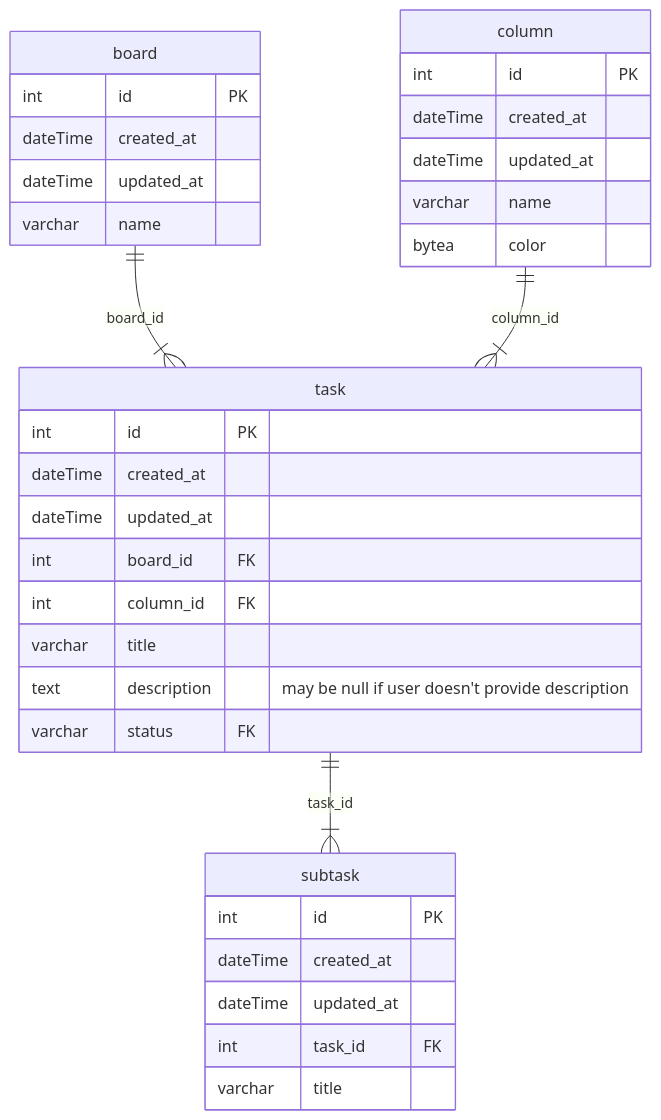
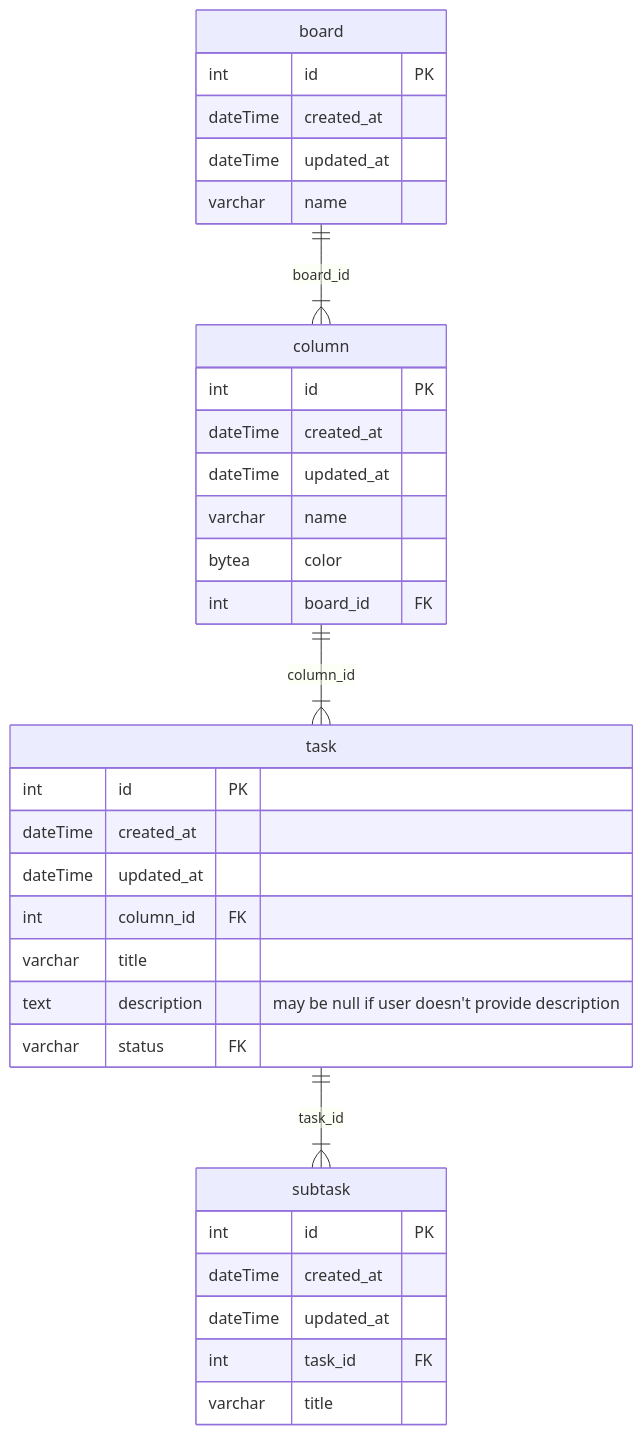
Before and after one commit to HIMDanny/kanban-task-manager: the diagram in README.md, drawn with Mermaid.

Commit message:
develop: * db schema in readme

````diff
--- a/README.md
+++ b/README.md
@@ -62,37 +62,36 @@
 ```mermaid
 erDiagram
  board {
     int id PK
     dateTime created_at
     dateTime updated_at
     varchar name
   }
+  board ||--|{ column : board_id
   column {
     int id PK
     dateTime created_at
     dateTime updated_at
     varchar name
     bytea color
+    int board_id FK
   }
-
- board ||--|{ task : board_id
  column ||--|{ task : column_id
   task {
     int id PK
     dateTime created_at
     dateTime updated_at
-    int board_id FK
     int column_id FK
     varchar title
     text description "may be null if user doesn't provide description"
     varchar status FK
   }
   task ||--|{ subtask : task_id
   subtask {
     int id PK
     dateTime created_at
     dateTime updated_at
     int task_id FK
     varchar title
   }
 ```
````
